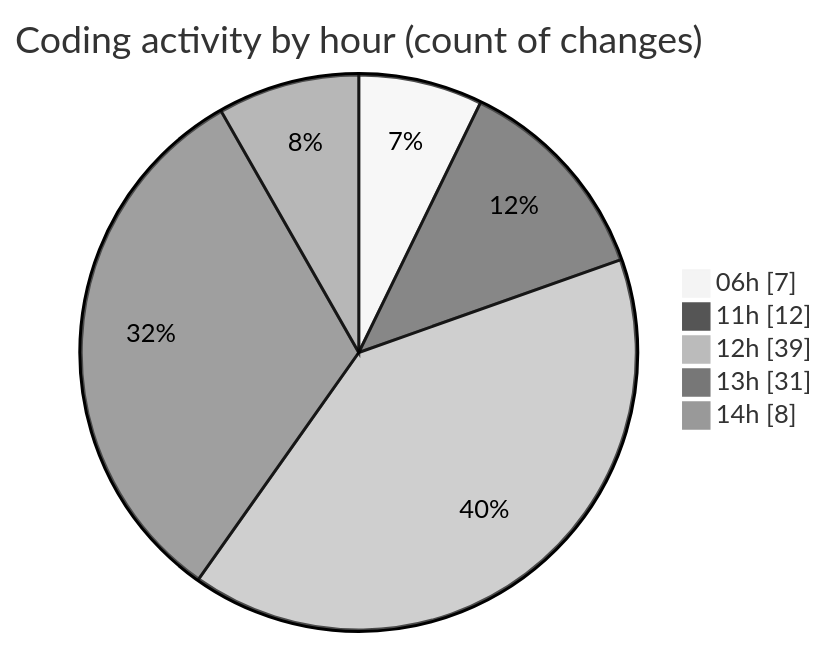
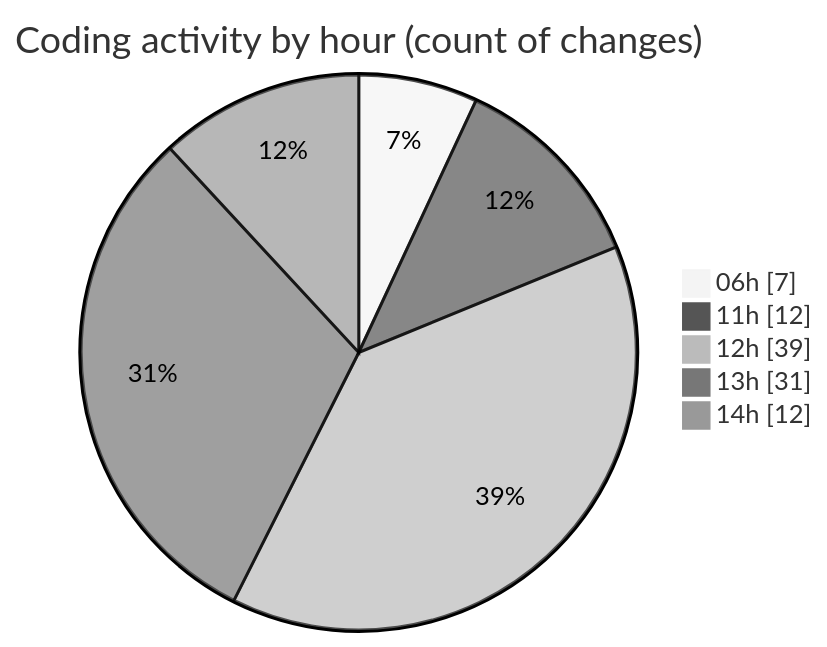
One commit to EIIisD/code-tracking changed the second of 2 diagrams in 2025-07-14/ribbon/README.md. Above: the diagram before and after it, drawn with Mermaid (neutral theme). The commit also changed other lines of this file and 1 other file, not shown here.

````diff
--- a/2025-07-14/ribbon/README.md
+++ b/2025-07-14/ribbon/README.md
@@ -61,9 +61,9 @@
 ```mermaid
 pie showData
 title Coding activity by hour (count of changes)
 "06h" : 7
 "11h" : 12
 "12h" : 39
 "13h" : 31
-"14h" : 8
+"14h" : 12
 ```
````
